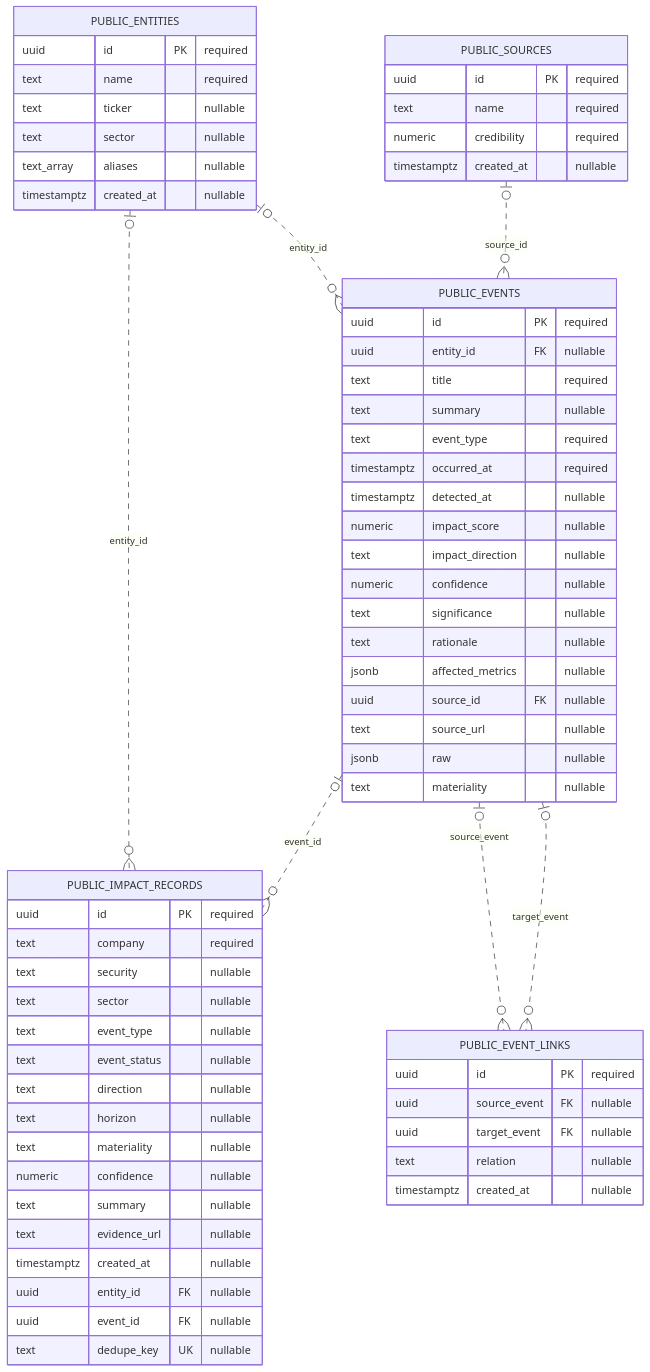
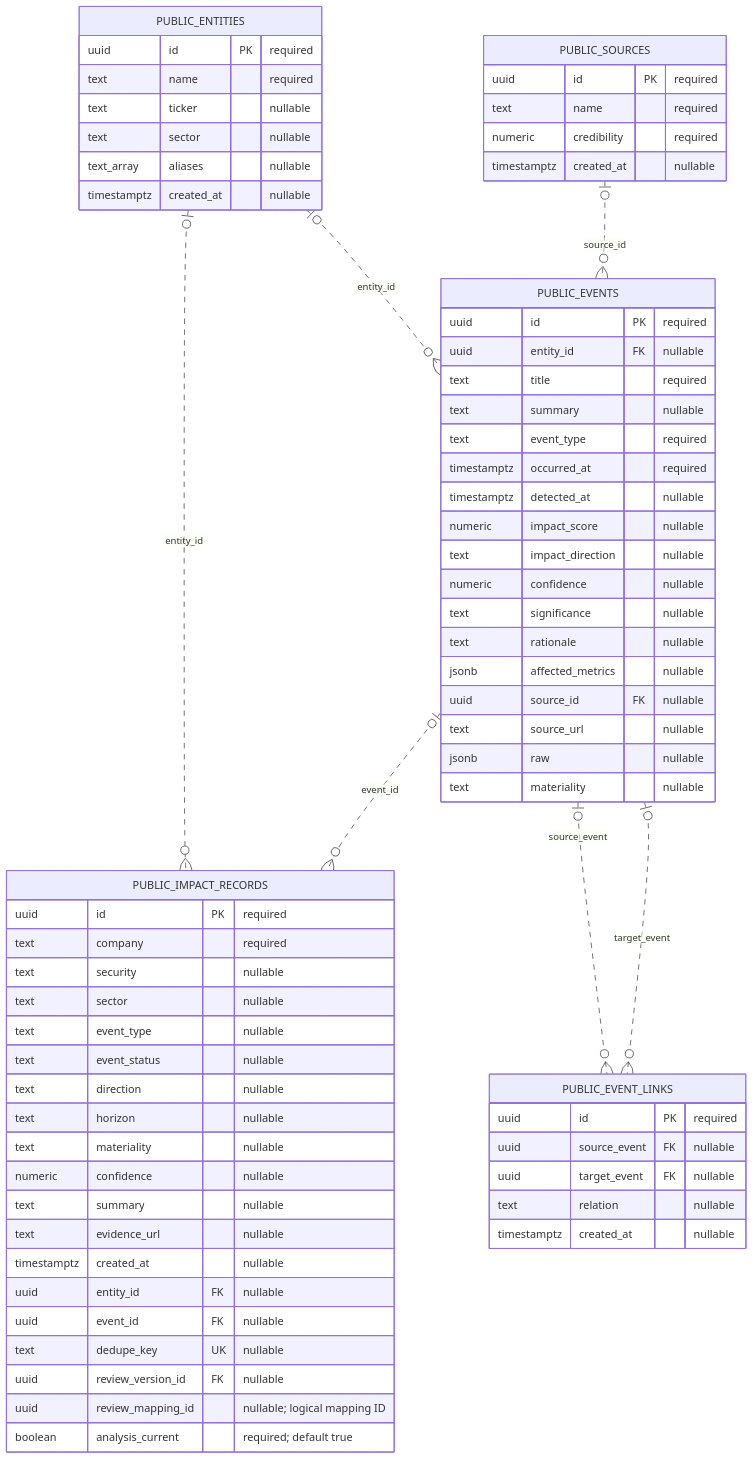
The first of 6 diagrams in docs/er-data-model.md (santosh006/meip), drawn with Mermaid before and after one commit. The commit also changed other lines of this file and 2 other files, not shown here.

````diff
--- a/docs/er-data-model.md
+++ b/docs/er-data-model.md
@@ -14,67 +14,70 @@
 ```mermaid
 erDiagram
     PUBLIC_ENTITIES |o..o{ PUBLIC_EVENTS : entity_id
     PUBLIC_SOURCES |o..o{ PUBLIC_EVENTS : source_id
     PUBLIC_ENTITIES |o..o{ PUBLIC_IMPACT_RECORDS : entity_id
     PUBLIC_EVENTS |o..o{ PUBLIC_IMPACT_RECORDS : event_id
     PUBLIC_EVENTS |o..o{ PUBLIC_EVENT_LINKS : source_event
     PUBLIC_EVENTS |o..o{ PUBLIC_EVENT_LINKS : target_event
     PUBLIC_ENTITIES {
         uuid id PK "required"
         text name "required"
         text ticker "nullable"
         text sector "nullable"
         text_array aliases "nullable"
         timestamptz created_at "nullable"
     }
     PUBLIC_SOURCES {
         uuid id PK "required"
         text name "required"
         numeric credibility "required"
         timestamptz created_at "nullable"
     }
     PUBLIC_EVENTS {
         uuid id PK "required"
         uuid entity_id FK "nullable"
         text title "required"
         text summary "nullable"
         text event_type "required"
         timestamptz occurred_at "required"
         timestamptz detected_at "nullable"
         numeric impact_score "nullable"
         text impact_direction "nullable"
         numeric confidence "nullable"
         text significance "nullable"
         text rationale "nullable"
         jsonb affected_metrics "nullable"
         uuid source_id FK "nullable"
         text source_url "nullable"
         jsonb raw "nullable"
         text materiality "nullable"
     }
     PUBLIC_IMPACT_RECORDS {
         uuid id PK "required"
         text company "required"
         text security "nullable"
         text sector "nullable"
         text event_type "nullable"
         text event_status "nullable"
         text direction "nullable"
         text horizon "nullable"
         text materiality "nullable"
         numeric confidence "nullable"
         text summary "nullable"
         text evidence_url "nullable"
         timestamptz created_at "nullable"
         uuid entity_id FK "nullable"
         uuid event_id FK "nullable"
         text dedupe_key UK "nullable"
+        uuid review_version_id FK "nullable"
+        uuid review_mapping_id "nullable; logical mapping ID"
+        boolean analysis_current "required; default true"
     }
     PUBLIC_EVENT_LINKS {
         uuid id PK "required"
         uuid source_event FK "nullable"
         uuid target_event FK "nullable"
         text relation "nullable"
         timestamptz created_at "nullable"
     }
 ```
````
